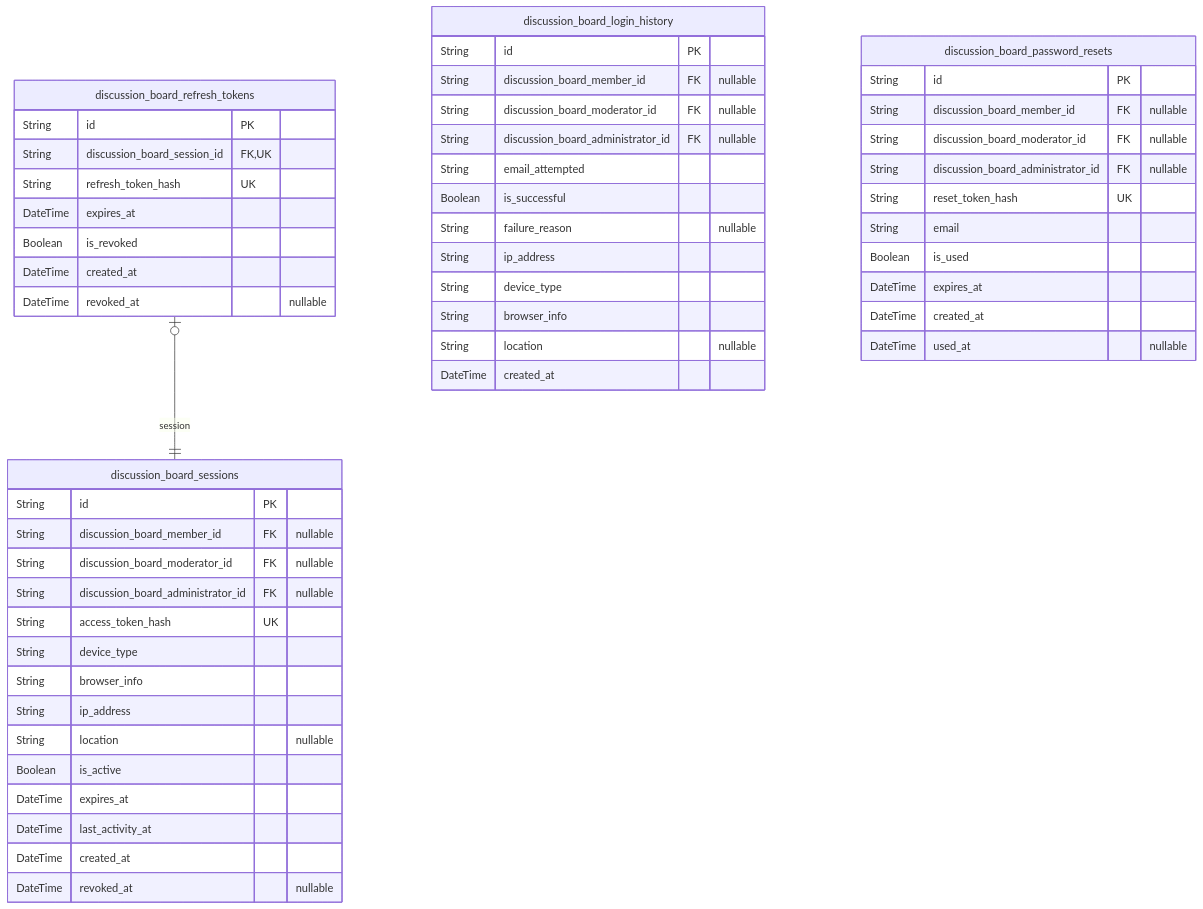
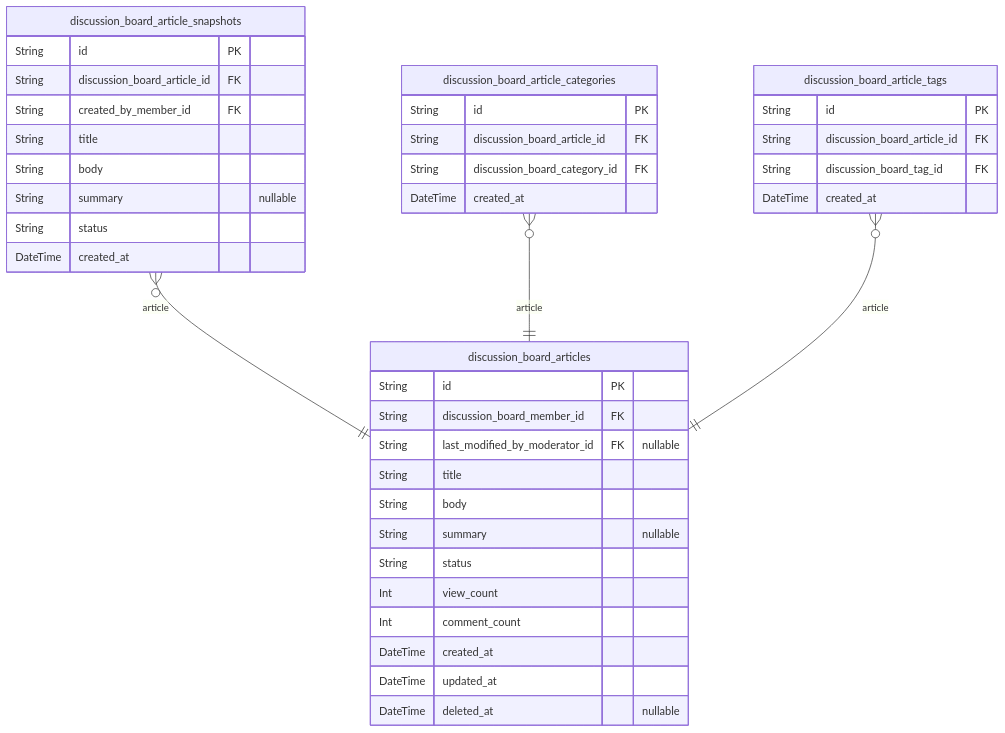
One commit to wrtnlabs/autobe-examples changed the third of 6 diagrams in anthropic/claude-sonnet-4.5/bbs/docs/ERD.md. Above: the diagram before and after it, drawn with Mermaid. The commit also changed other lines of this file and 16146 other files, not shown here.

````diff
--- a/anthropic/claude-sonnet-4.5/bbs/docs/ERD.md
+++ b/anthropic/claude-sonnet-4.5/bbs/docs/ERD.md
@@ -411,55 +285,42 @@
 ```mermaid
 erDiagram
-"discussion_board_sessions" {
+"discussion_board_articles" {
   String id PK
-  String discussion_board_member_id FK "nullable"
-  String discussion_board_moderator_id FK "nullable"
-  String discussion_board_administrator_id FK "nullable"
-  String access_token_hash UK
-  String device_type
-  String browser_info
-  String ip_address
-  String location "nullable"
-  Boolean is_active
-  DateTime expires_at
-  DateTime last_activity_at
+  String discussion_board_member_id FK
+  String last_modified_by_moderator_id FK "nullable"
+  String title
+  String body
+  String summary "nullable"
+  String status
+  Int view_count
+  Int comment_count
   DateTime created_at
-  DateTime revoked_at "nullable"
+  DateTime updated_at
+  DateTime deleted_at "nullable"
 }
-"discussion_board_refresh_tokens" {
+"discussion_board_article_snapshots" {
   String id PK
-  String discussion_board_session_id FK,UK
-  String refresh_token_hash UK
-  DateTime expires_at
-  Boolean is_revoked
-  DateTime created_at
-  DateTime revoked_at "nullable"
-}
-"discussion_board_login_history" {
-  String id PK
-  String discussion_board_member_id FK "nullable"
-  String discussion_board_moderator_id FK "nullable"
-  String discussion_board_administrator_id FK "nullable"
-  String email_attempted
-  Boolean is_successful
-  String failure_reason "nullable"
-  String ip_address
-  String device_type
-  String browser_info
-  String location "nullable"
+  String discussion_board_article_id FK
+  String created_by_member_id FK
+  String title
+  String body
+  String summary "nullable"
+  String status
   DateTime created_at
 }
-"discussion_board_password_resets" {
+"discussion_board_article_categories" {
   String id PK
-  String discussion_board_member_id FK "nullable"
-  String discussion_board_moderator_id FK "nullable"
-  String discussion_board_administrator_id FK "nullable"
-  String reset_token_hash UK
-  String email
-  Boolean is_used
-  DateTime expires_at
+  String discussion_board_article_id FK
+  String discussion_board_category_id FK
   DateTime created_at
-  DateTime used_at "nullable"
 }
-"discussion_board_refresh_tokens" |o--|| "discussion_board_sessions" : session
+"discussion_board_article_tags" {
+  String id PK
+  String discussion_board_article_id FK
+  String discussion_board_tag_id FK
+  DateTime created_at
+}
+"discussion_board_article_snapshots" }o--|| "discussion_board_articles" : article
+"discussion_board_article_categories" }o--|| "discussion_board_articles" : article
+"discussion_board_article_tags" }o--|| "discussion_board_articles" : article
 ```
````
